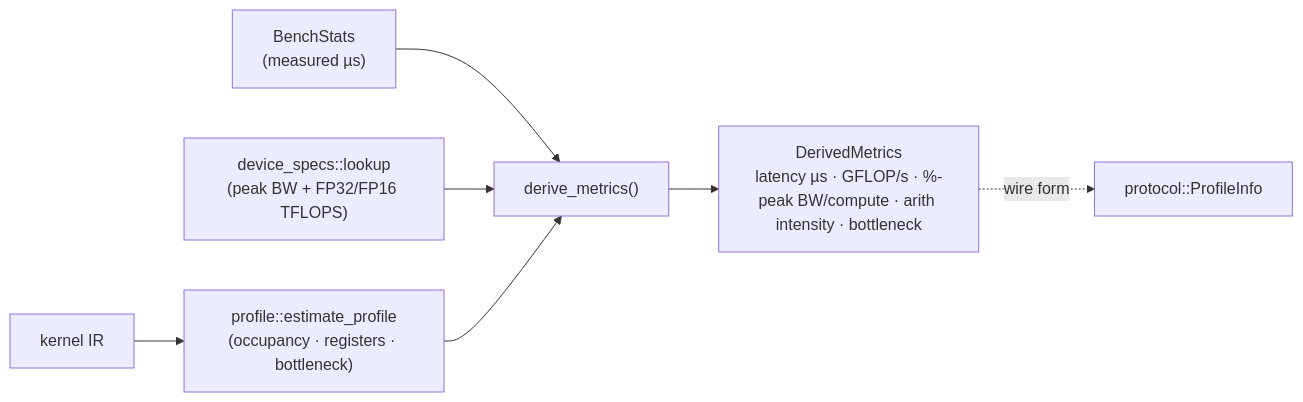
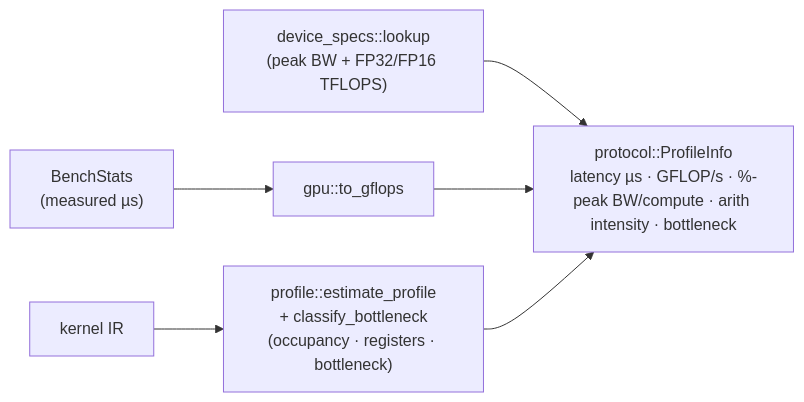
The sixth of 6 diagrams in docs/specs/ARCHITECTURE.md (0xClandestine/metaltile), drawn with Mermaid before and after one commit. The commit also changed other lines of this file, not shown here.

First line of the commit message:
docs(arch): update ARCHITECTURE.md to the current codebase

````diff
--- a/docs/specs/ARCHITECTURE.md
+++ b/docs/specs/ARCHITECTURE.md
@@ -138,9 +199,9 @@
 ```mermaid
 flowchart LR
-    stats["BenchStats<br/>(measured µs)"] --> derive["derive_metrics()"]
-    ir["kernel IR"] --> prof["profile::estimate_profile<br/>(occupancy · registers · bottleneck)"]
-    specs["device_specs::lookup<br/>(peak BW + FP32/FP16 TFLOPS)"] --> derive
-    prof --> derive
-    derive --> DM["DerivedMetrics<br/>latency µs · GFLOP/s · %-peak BW/compute · arith intensity · bottleneck"]
-    DM -. "wire form" .-> PI["protocol::ProfileInfo"]
+    stats["BenchStats<br/>(measured µs)"] --> g["gpu::to_gflops"]
+    ir["kernel IR"] --> prof["profile::estimate_profile<br/>+ classify_bottleneck<br/>(occupancy · registers · bottleneck)"]
+    specs["device_specs::lookup<br/>(peak BW + FP32/FP16 TFLOPS)"] --> PI
+    g --> PI
+    prof --> PI
+    PI["protocol::ProfileInfo<br/>latency µs · GFLOP/s · %-peak BW/compute · arith intensity · bottleneck"]
 ```
````
